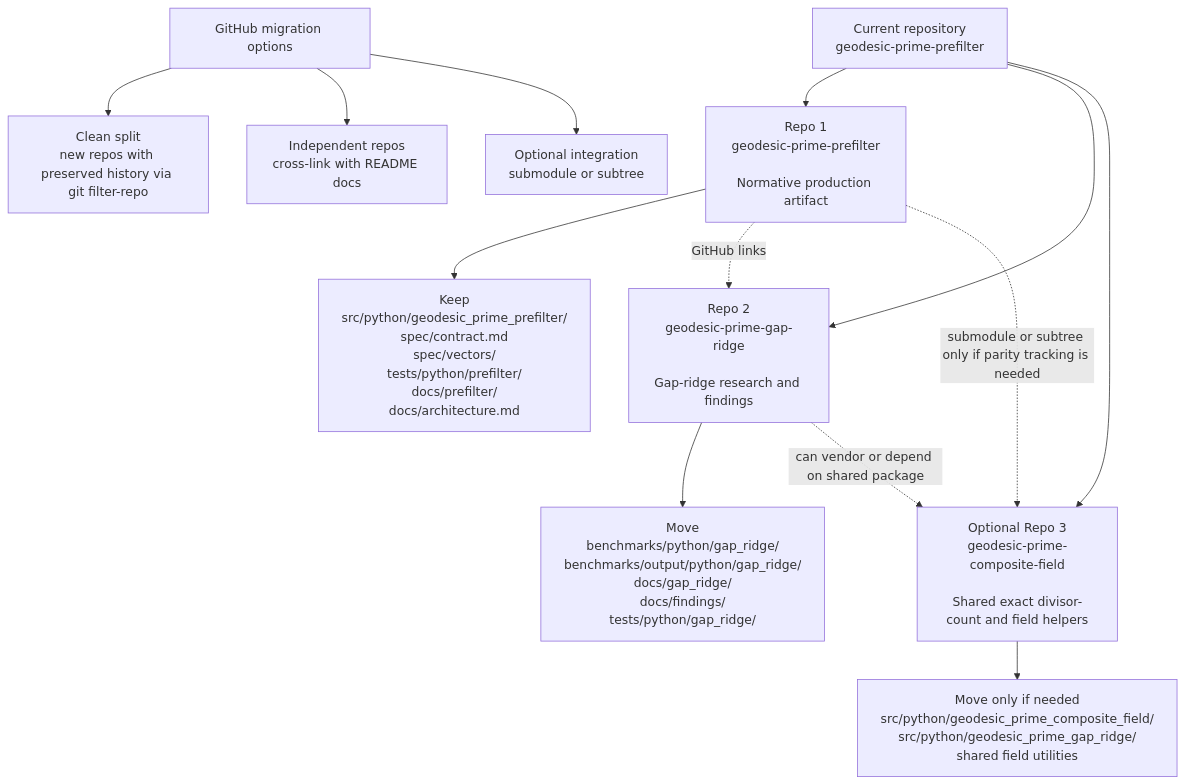
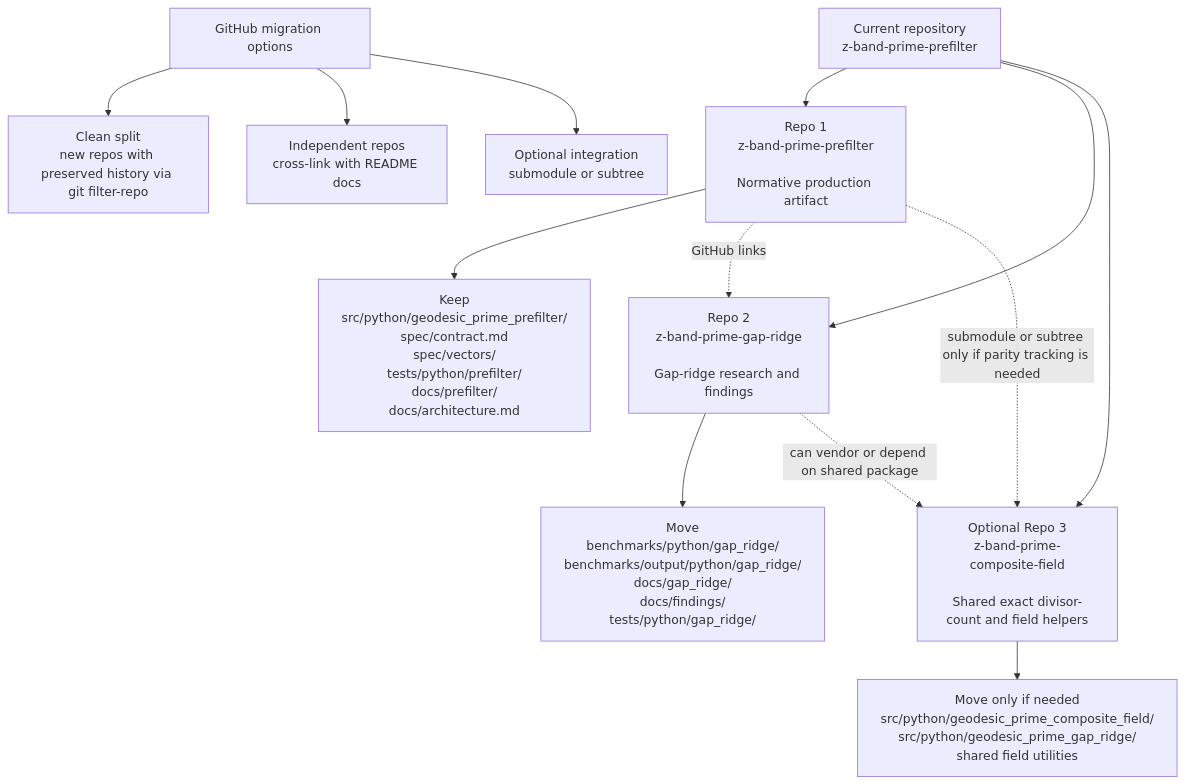
Before and after one commit to zfifteen/geodesic-prime-prefilter: the diagram in docs/repo_split_diagram.md, drawn with Mermaid. The commit also changed other lines of this file and 32 other files, not shown here.

Commit message:
Remove DNI essay series, including "Genesis of DNI," "DNI Gap Ridge," "Z-Band Prefilter," and "DNI and the Riemann Hypothesis" drafts, along with associated documentation, scripts, tests, and supporting artifacts.

````diff
--- a/docs/repo_split_diagram.md
+++ b/docs/repo_split_diagram.md
@@ -3,18 +3,18 @@
 ```mermaid
 flowchart TB
-    A["Current repository<br/>geodesic-prime-prefilter"] --> B["Repo 1<br/>geodesic-prime-prefilter<br/><br/>Normative production artifact"]
-    A --> C["Repo 2<br/>geodesic-prime-gap-ridge<br/><br/>Gap-ridge research and findings"]
-    A --> D["Optional Repo 3<br/>geodesic-prime-composite-field<br/><br/>Shared exact divisor-count and field helpers"]
+    A["Current repository<br/>z-band-prime-prefilter"] --> B["Repo 1<br/>z-band-prime-prefilter<br/><br/>Normative production artifact"]
+    A --> C["Repo 2<br/>z-band-prime-gap-ridge<br/><br/>Gap-ridge research and findings"]
+    A --> D["Optional Repo 3<br/>z-band-prime-composite-field<br/><br/>Shared exact divisor-count and field helpers"]
 
     B --> B1["Keep<br/>src/python/geodesic_prime_prefilter/<br/>spec/contract.md<br/>spec/vectors/<br/>tests/python/prefilter/<br/>docs/prefilter/<br/>docs/architecture.md"]
     C --> C1["Move<br/>benchmarks/python/gap_ridge/<br/>benchmarks/output/python/gap_ridge/<br/>docs/gap_ridge/<br/>docs/findings/<br/>tests/python/gap_ridge/"]
     D --> D1["Move only if needed<br/>src/python/geodesic_prime_composite_field/<br/>src/python/geodesic_prime_gap_ridge/<br/>shared field utilities"]
 
     B -. "GitHub links" .-> C
     B -. "submodule or subtree only if parity tracking is needed" .-> D
     C -. "can vendor or depend on shared package" .-> D
 
     E["GitHub migration options"] --> E1["Clean split<br/>new repos with preserved history via git filter-repo"]
     E --> E2["Independent repos<br/>cross-link with README docs"]
     E --> E3["Optional integration<br/>submodule or subtree"]
 ```
````
